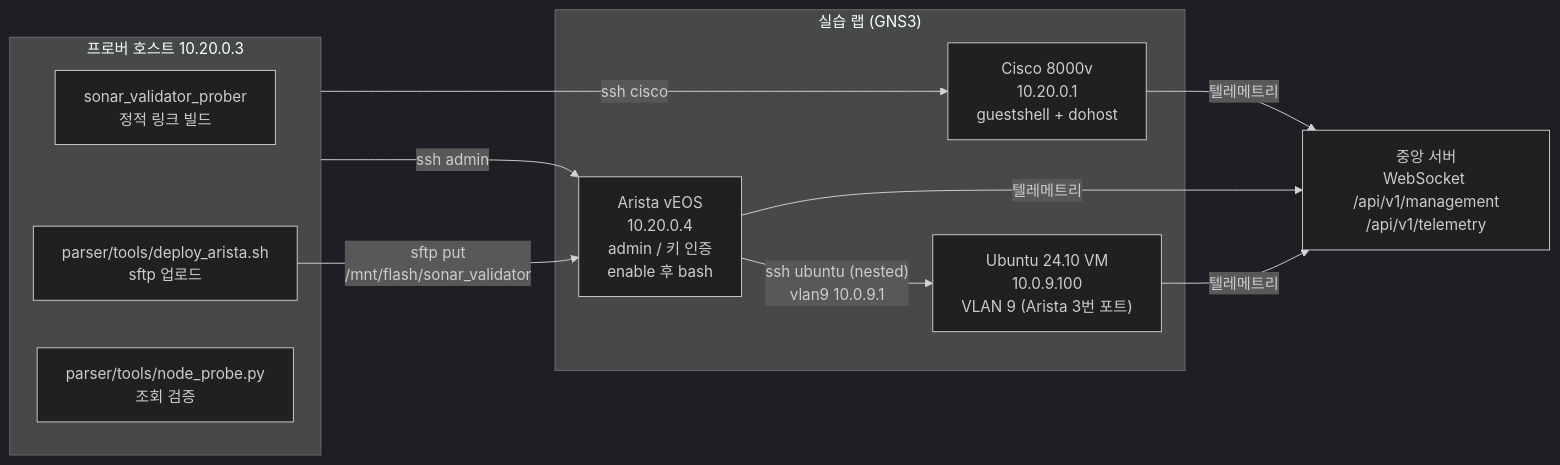
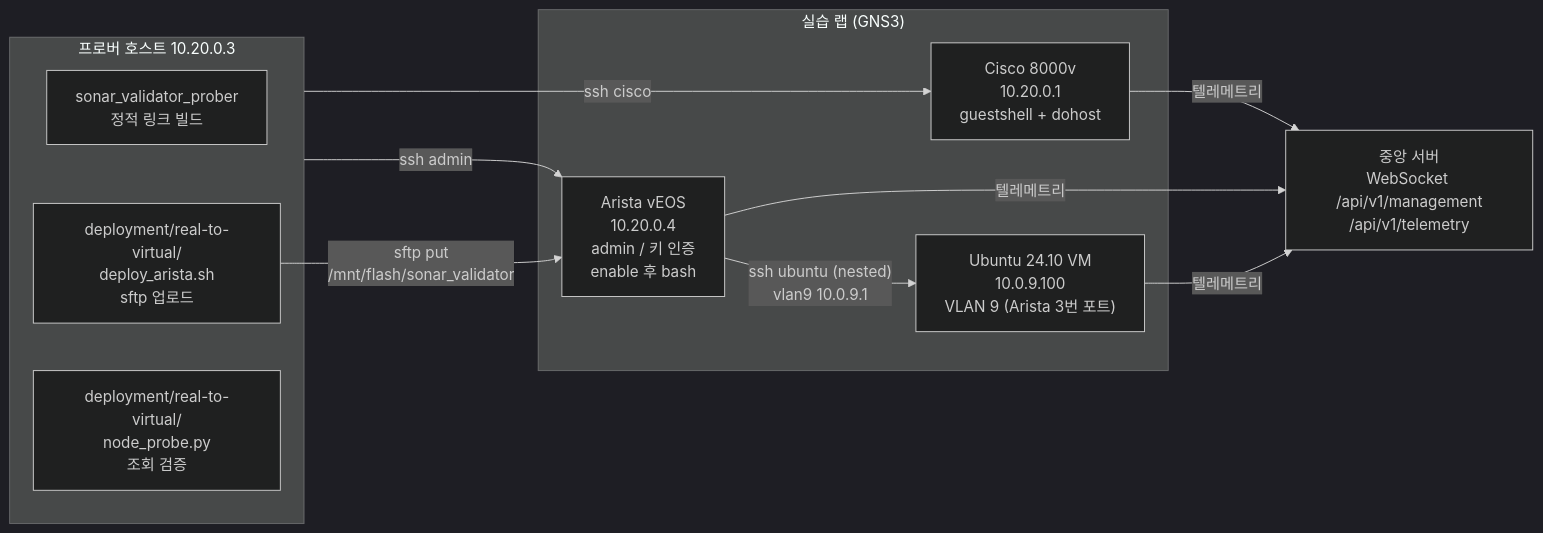
The ninth of 9 diagrams in docs/Agent/Agent_Architecture_Diagrams.md (wayfarer6/SonarValidator), drawn with Mermaid (dark theme) before and after one commit. The commit also changed other lines of this file and 21 other files, not shown here.

````diff
--- a/docs/Agent/Agent_Architecture_Diagrams.md
+++ b/docs/Agent/Agent_Architecture_Diagrams.md
@@ -822,25 +822,25 @@
 ```mermaid
 flowchart LR
     subgraph HOST["프로버 호스트 10.20.0.3"]
         BIN["sonar_validator_prober<br/>정적 링크 빌드"]
-        DEPLOY["parser/tools/deploy_arista.sh<br/>sftp 업로드"]
-        PROBE["parser/tools/node_probe.py<br/>조회 검증"]
+        DEPLOY["deployment/real-to-virtual/<br/>deploy_arista.sh<br/>sftp 업로드"]
+        PROBE["deployment/real-to-virtual/<br/>node_probe.py<br/>조회 검증"]
     end
 
     subgraph LAB["실습 랩 (GNS3)"]
         ARISTA["Arista vEOS<br/>10.20.0.4<br/>admin / 키 인증<br/>enable 후 bash"]
         CISCO["Cisco 8000v<br/>10.20.0.1<br/>guestshell + dohost"]
         UBU["Ubuntu 24.10 VM<br/>10.0.9.100<br/>VLAN 9 (Arista 3번 포트)"]
     end
 
     SRV["중앙 서버<br/>WebSocket /api/v1/management<br/>/api/v1/telemetry"]
 
     DEPLOY -->|"sftp put<br/>/mnt/flash/sonar_validator"| ARISTA
     HOST -->|"ssh admin"| ARISTA
     ARISTA -->|"ssh ubuntu (nested)<br/>vlan9 10.0.9.1"| UBU
     HOST -->|"ssh cisco"| CISCO
 
     ARISTA -->|텔레메트리| SRV
     CISCO -->|텔레메트리| SRV
     UBU -->|텔레메트리| SRV
 ```
````
